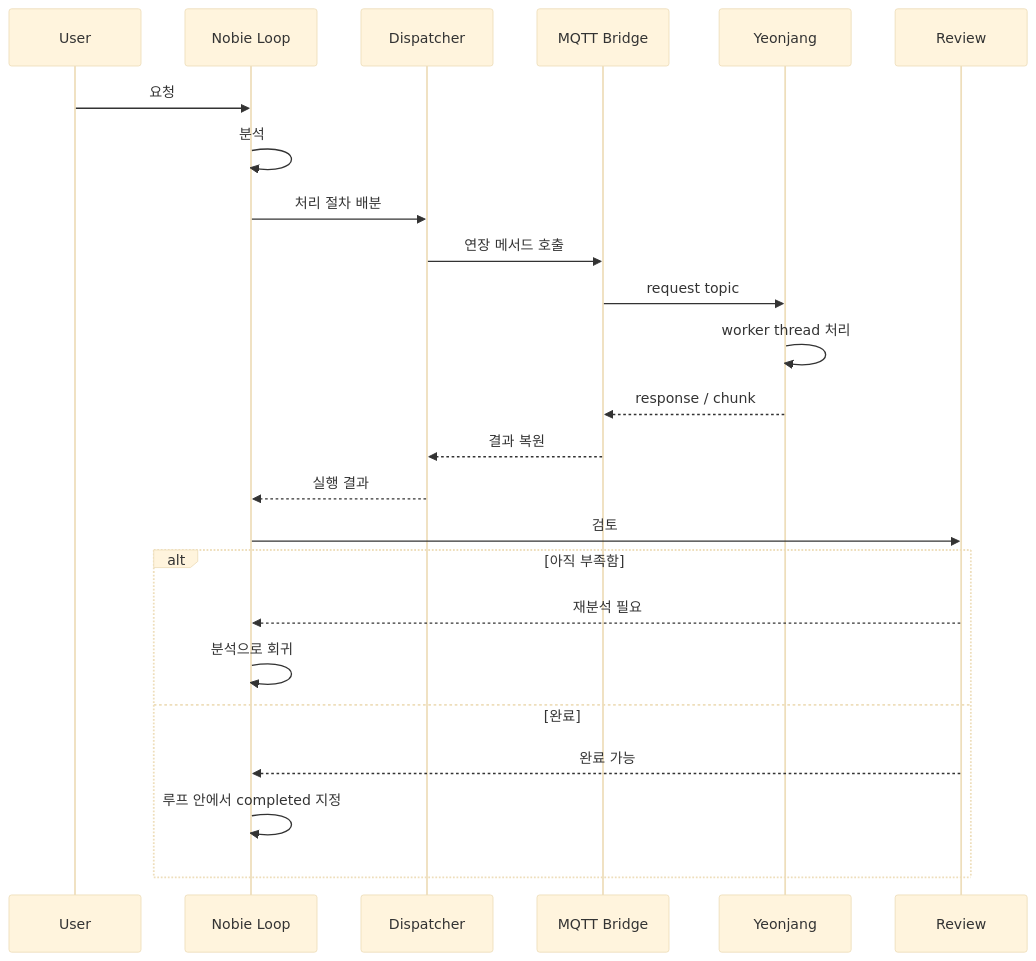
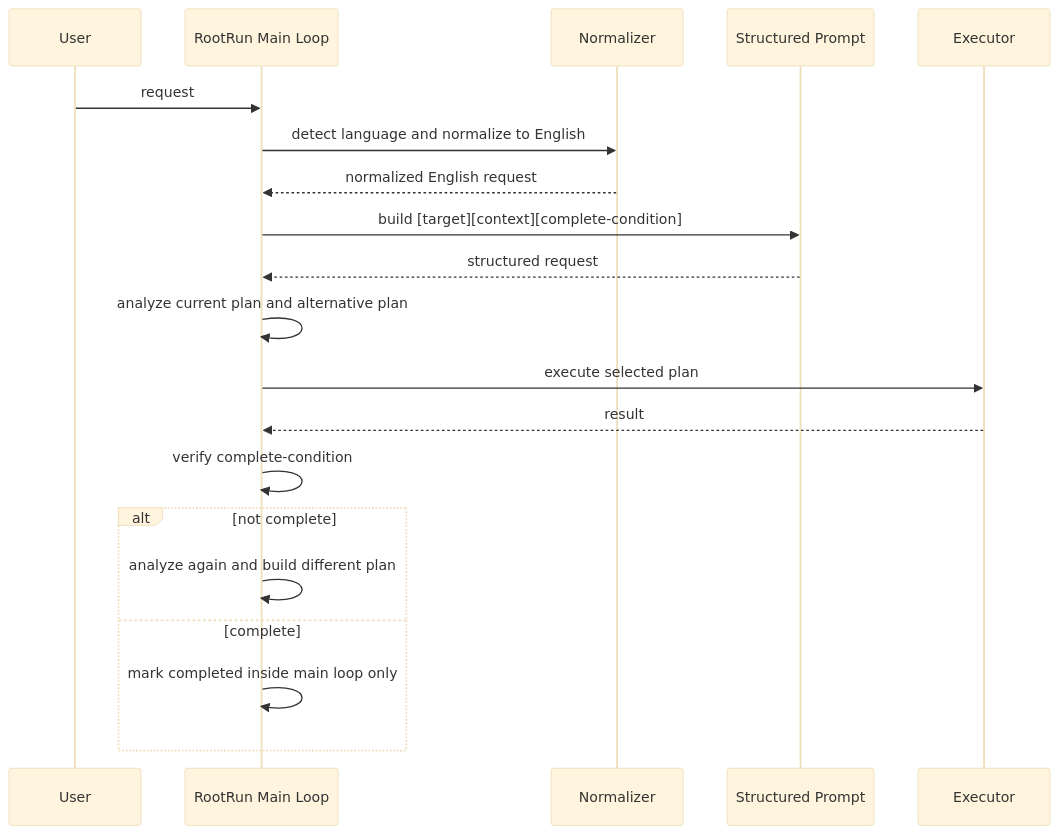
Before and after one commit to Sponzey-com/Sponzey-Nobie: the third of 3 diagrams in process.md, drawn with Mermaid (base theme). The commit also changed other lines of this file and 22 other files, not shown here.

Commit message:
refactor: restructure intake and run flow

````diff
--- a/process.md
+++ b/process.md
@@ -380,27 +256,23 @@
 ```mermaid
 sequenceDiagram
     participant U as User
-    participant N as Nobie Loop
-    participant D as Dispatcher
-    participant M as MQTT Bridge
-    participant Y as Yeonjang
-    participant R as Review
+    participant R as RootRun Main Loop
+    participant N as Normalizer
+    participant P as Structured Prompt
+    participant X as Executor
 
-    U->>N: 요청
-    N->>N: 분석
-    N->>D: 처리 절차 배분
-    D->>M: 연장 메서드 호출
-    M->>Y: request topic
-    Y->>Y: worker thread 처리
-    Y-->>M: response / chunk
-    M-->>D: 결과 복원
-    D-->>N: 실행 결과
-    N->>R: 검토
-    alt 아직 부족함
-        R-->>N: 재분석 필요
-        N->>N: 분석으로 회귀
-    else 완료
-        R-->>N: 완료 가능
-        N->>N: 루프 안에서 completed 지정
+    U->>R: request
+    R->>N: detect language and normalize to English
+    N-->>R: normalized English request
+    R->>P: build [target][context][complete-condition]
+    P-->>R: structured request
+    R->>R: analyze current plan and alternative plan
+    R->>X: execute selected plan
+    X-->>R: result
+    R->>R: verify complete-condition
+    alt not complete
+        R->>R: analyze again and build different plan
+    else complete
+        R->>R: mark completed inside main loop only
     end
 ```
````
